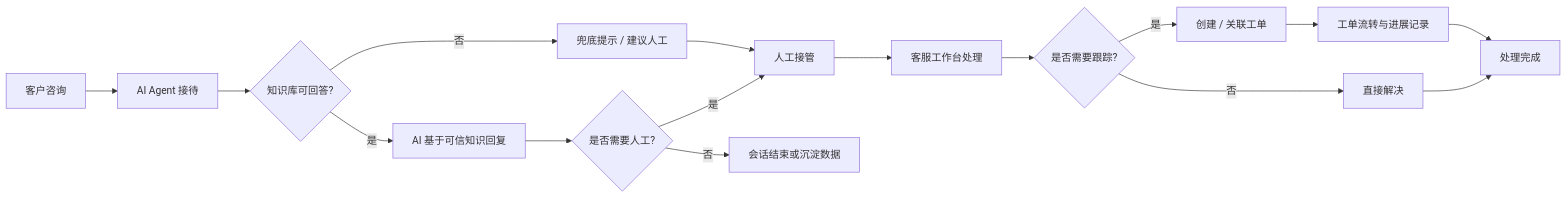
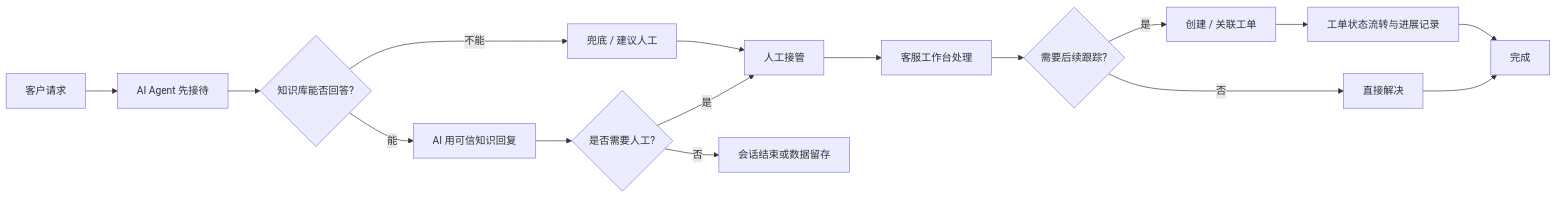
Before and after one commit to DOS/Crove-Desk: the second of 3 diagrams in README_ZH.md, drawn with Mermaid. The commit also changed other lines of this file and 6 other files, not shown here.

````diff
--- a/README_ZH.md
+++ b/README_ZH.md
@@ -236,18 +319,18 @@
 ```mermaid
 flowchart LR
-    A[客户咨询] --> B[AI Agent 接待]
-    B --> C{知识库可回答?}
-    C -- 是 --> D[AI 基于可信知识回复]
-    C -- 否 --> E[兜底提示 / 建议人工]
+    A[客户请求] --> B[AI Agent 先接待]
+    B --> C{知识库能否回答?}
+    C -- 能 --> D[AI 用可信知识回复]
+    C -- 不能 --> E[兜底 / 建议人工]
     D --> F{是否需要人工?}
     E --> G[人工接管]
-    F -- 否 --> H[会话结束或沉淀数据]
+    F -- 否 --> H[会话结束或数据留存]
     F -- 是 --> G
     G --> I[客服工作台处理]
-    I --> J{是否需要跟踪?}
+    I --> J{需要后续跟踪?}
     J -- 是 --> K[创建 / 关联工单]
     J -- 否 --> L[直接解决]
-    K --> M[工单流转与进展记录]
-    M --> N[处理完成]
+    K --> M[工单状态流转与进展记录]
+    M --> N[完成]
     L --> N
 ```
````
